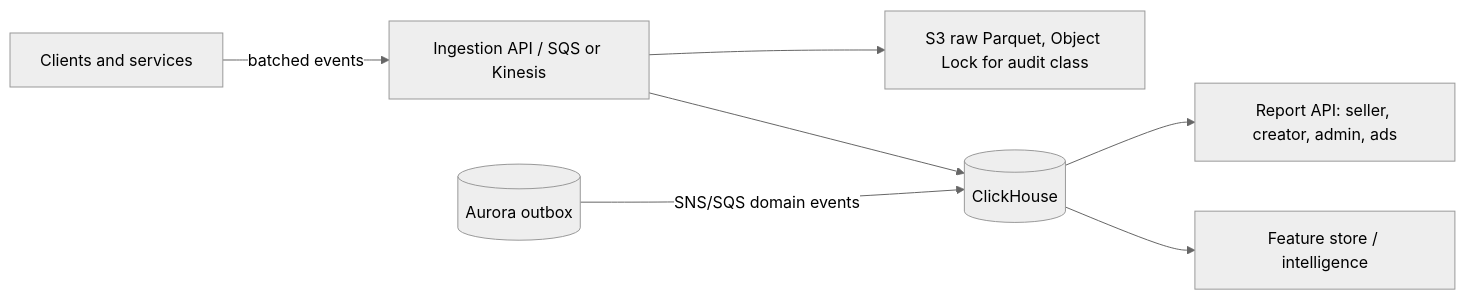
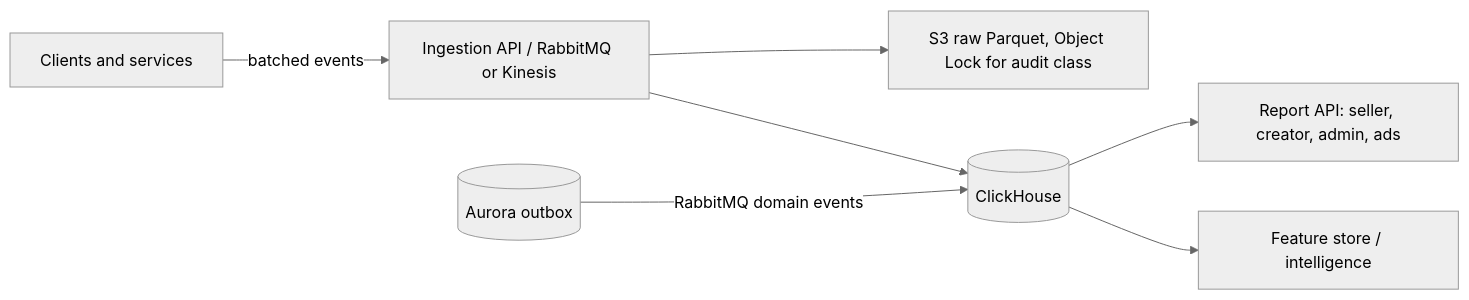
One commit to telente-technologies/nantty changed the diagram in docs/database/performance.md. Above: the diagram before and after it, drawn with Mermaid (neutral theme). The commit also changed other lines of this file and 1 other file, not shown here.

````diff
--- a/docs/database/performance.md
+++ b/docs/database/performance.md
@@ -86,9 +86,9 @@
 ```mermaid
 flowchart LR
-  APP[Clients and services] -->|batched events| ING[Ingestion API / SQS or Kinesis]
+  APP[Clients and services] -->|batched events| ING[Ingestion API / RabbitMQ or Kinesis]
   ING --> S3[S3 raw Parquet, Object Lock for audit class]
   ING --> CH[(ClickHouse)]
-  PG[(Aurora outbox)] -->|SNS/SQS domain events| CH
+  PG[(Aurora outbox)] -->|RabbitMQ domain events| CH
   CH --> REP[Report API: seller, creator, admin, ads]
   CH --> ML[Feature store / intelligence]
 ```
````
